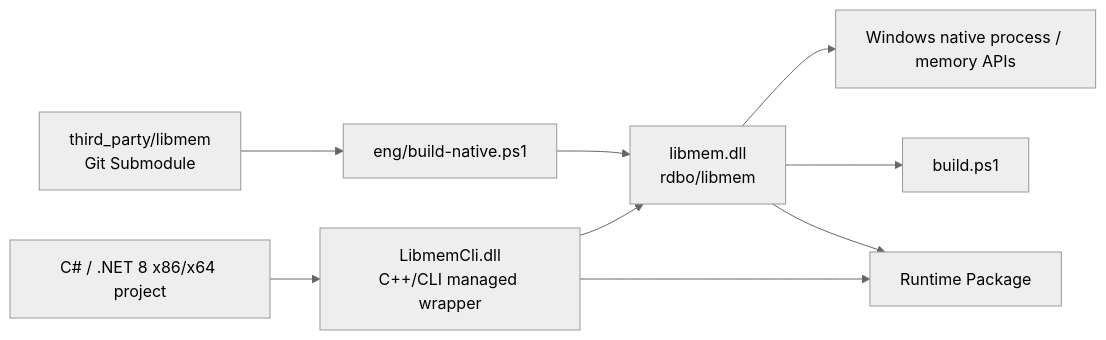
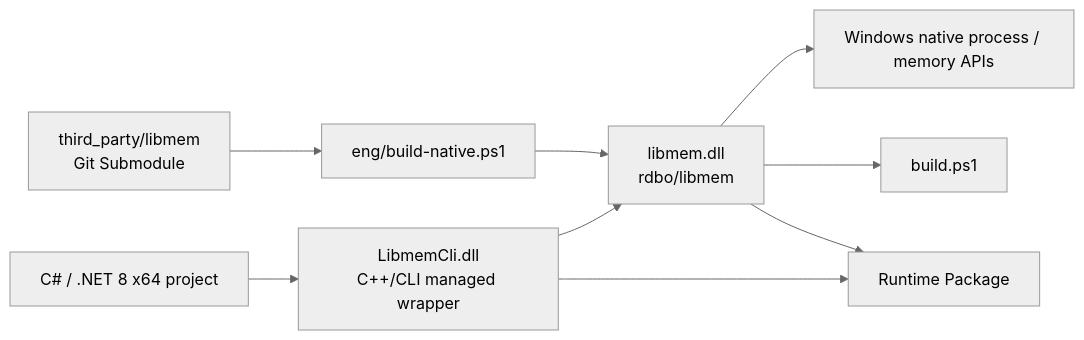
Before and after one commit to CardResearchLab/Libmem.NET: the diagram in README.en.md, drawn with Mermaid (neutral theme). The commit also changed other lines of this file, not shown here.

````diff
--- a/README.en.md
+++ b/README.en.md
@@ -23,12 +25,12 @@
 ```mermaid
 flowchart LR
-    App["C# / .NET 8 x86/x64 project"] --> Cli["LibmemCli.dll<br/>C++/CLI managed wrapper"]
+    App["C# / .NET 8 x64 project"] --> Cli["LibmemCli.dll<br/>C++/CLI managed wrapper"]
     Cli --> Native["libmem.dll<br/>rdbo/libmem"]
     Native --> Win["Windows native process / memory APIs"]
 
     Submodule["third_party/libmem<br/>Git Submodule"] --> NativeBuild["eng/build-native.ps1"]
     NativeBuild --> Native
     Native --> Build["build.ps1"]
     Cli --> Package["Runtime Package"]
     Native --> Package
 ```
````
